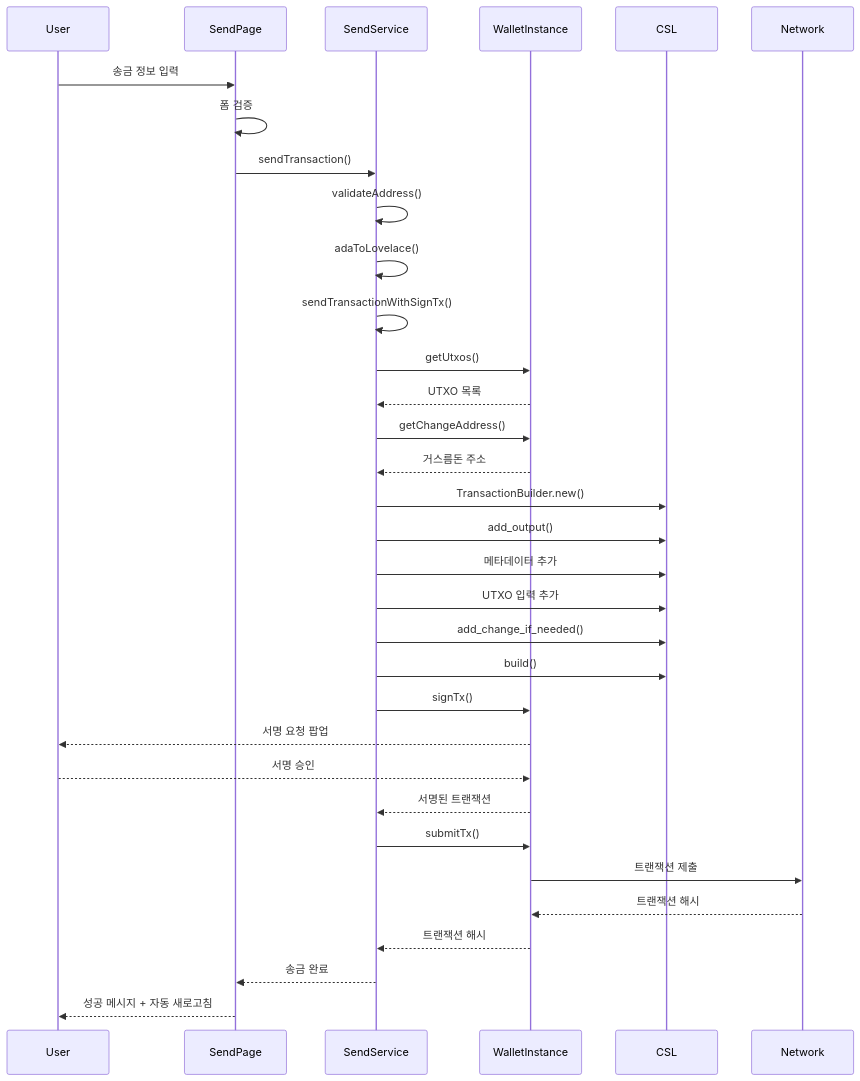
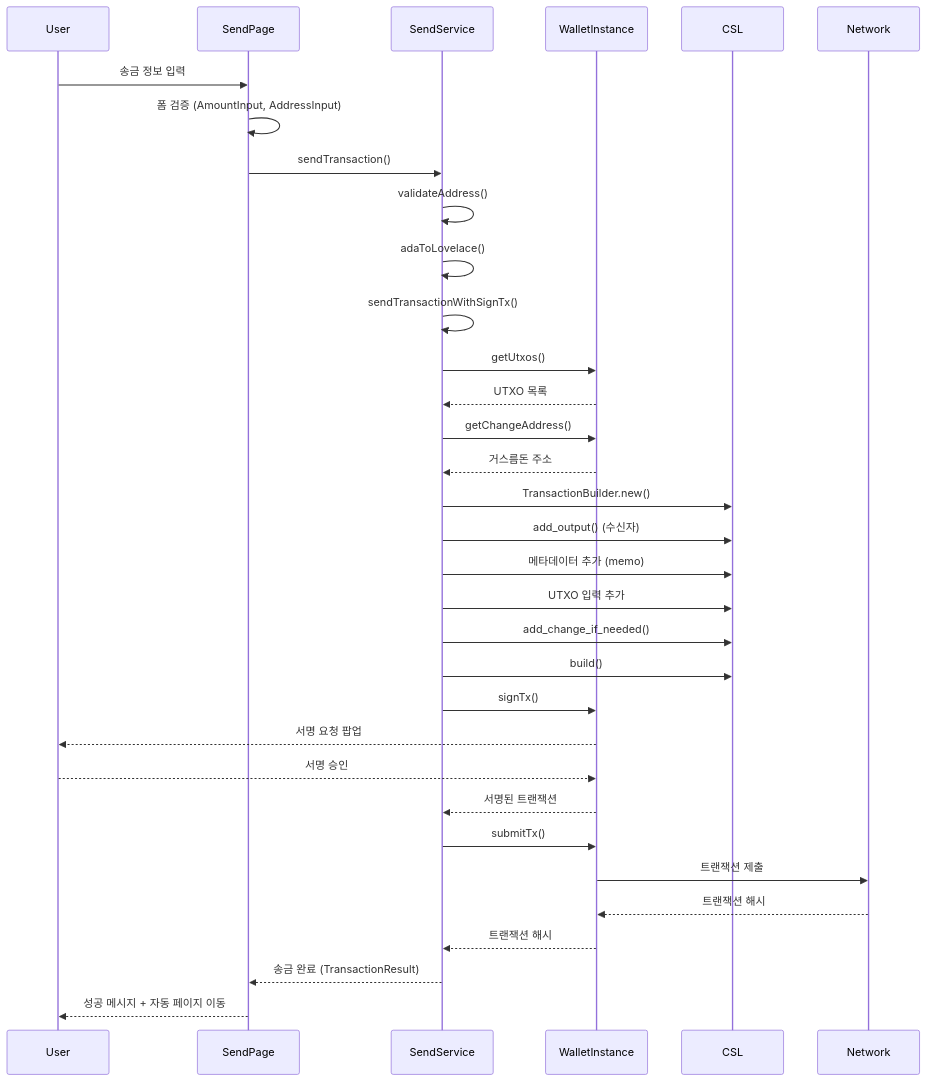
Before and after one commit to HyeonHo-Park/cardano-basic-dapp-1: the first of 6 diagrams in docs/send-sequence.md, drawn with Mermaid. The commit also changed other lines of this file and 30 other files, not shown here.

````diff
--- a/docs/send-sequence.md
+++ b/docs/send-sequence.md
@@ -5,43 +5,43 @@
 ```mermaid
 sequenceDiagram
     participant User
     participant SendPage
     participant SendService
     participant WalletInstance
     participant CSL
     participant Network
 
     User->>SendPage: 송금 정보 입력
-    SendPage->>SendPage: 폼 검증
+    SendPage->>SendPage: 폼 검증 (AmountInput, AddressInput)
     SendPage->>SendService: sendTransaction()
 
     SendService->>SendService: validateAddress()
     SendService->>SendService: adaToLovelace()
     SendService->>SendService: sendTransactionWithSignTx()
 
     SendService->>WalletInstance: getUtxos()
     WalletInstance-->>SendService: UTXO 목록
 
     SendService->>WalletInstance: getChangeAddress()
     WalletInstance-->>SendService: 거스름돈 주소
 
     SendService->>CSL: TransactionBuilder.new()
-    SendService->>CSL: add_output()
-    SendService->>CSL: 메타데이터 추가
+    SendService->>CSL: add_output() (수신자)
+    SendService->>CSL: 메타데이터 추가 (memo)
     SendService->>CSL: UTXO 입력 추가
     SendService->>CSL: add_change_if_needed()
     SendService->>CSL: build()
 
     SendService->>WalletInstance: signTx()
     WalletInstance-->>User: 서명 요청 팝업
     User-->>WalletInstance: 서명 승인
     WalletInstance-->>SendService: 서명된 트랜잭션
 
     SendService->>WalletInstance: submitTx()
     WalletInstance->>Network: 트랜잭션 제출
     Network-->>WalletInstance: 트랜잭션 해시
     WalletInstance-->>SendService: 트랜잭션 해시
 
-    SendService-->>SendPage: 송금 완료
-    SendPage-->>User: 성공 메시지 + 자동 새로고침
+    SendService-->>SendPage: 송금 완료 (TransactionResult)
+    SendPage-->>User: 성공 메시지 + 자동 페이지 이동
 ```
````
